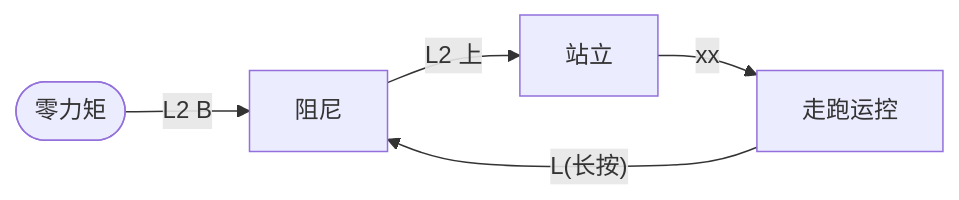
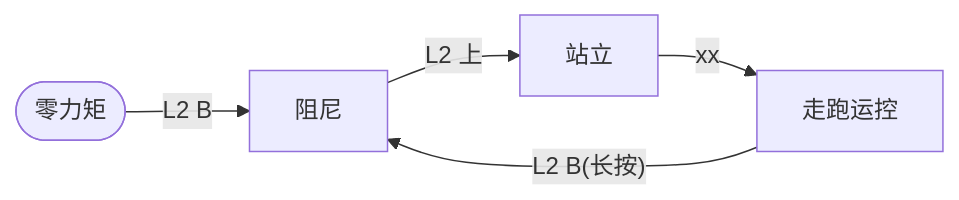
The diagram in UnitreeG1/遥控器.md (J-X-Chen/Note), drawn with Mermaid before and after one commit. The commit also changed other lines of this file, not shown here.

````diff
--- a/UnitreeG1/遥控器.md
+++ b/UnitreeG1/遥控器.md
@@ -8,7 +8,7 @@
 ```mermaid
 graph LR
     A([零力矩]) -- L2 B --> B[阻尼]
     B -- L2 上 --> C[站立]
-    D[走跑运控] -- "L(长按)" -->  B
+    D[走跑运控] -- "L2 B(长按)" -->  B
     C -- xx --> D
 ```
````
